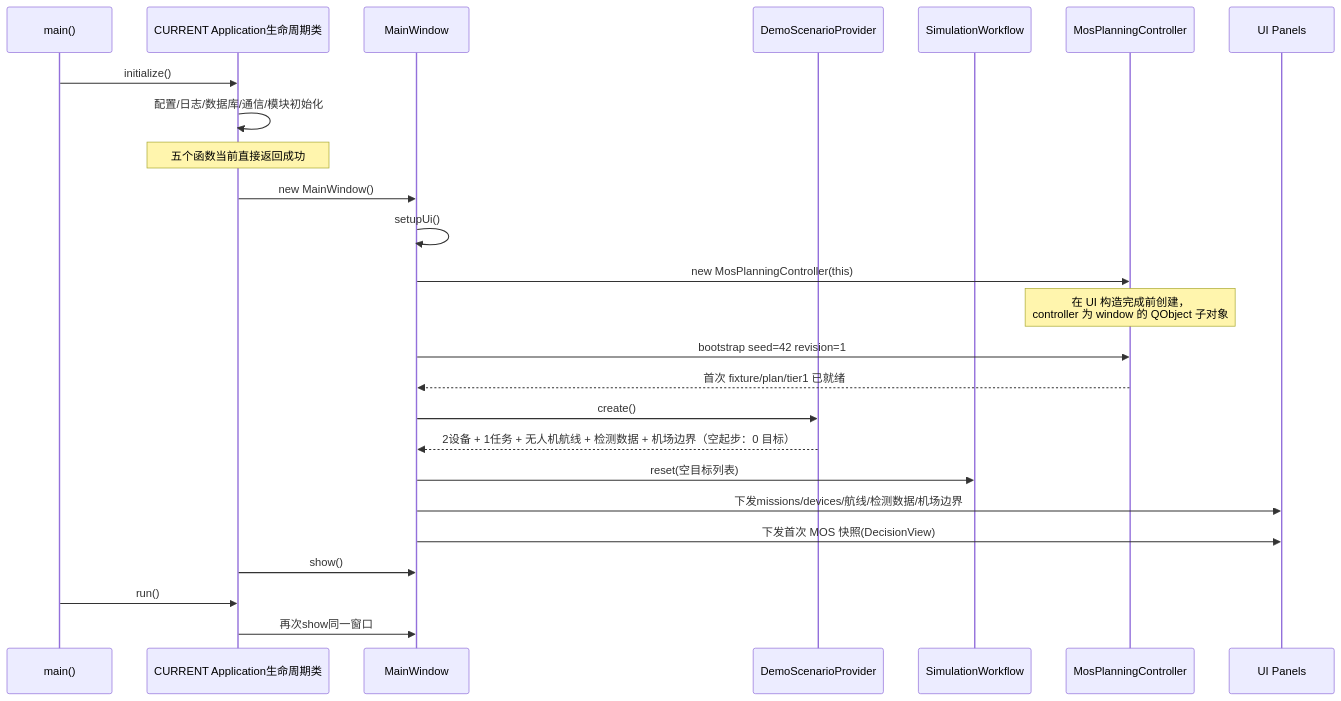
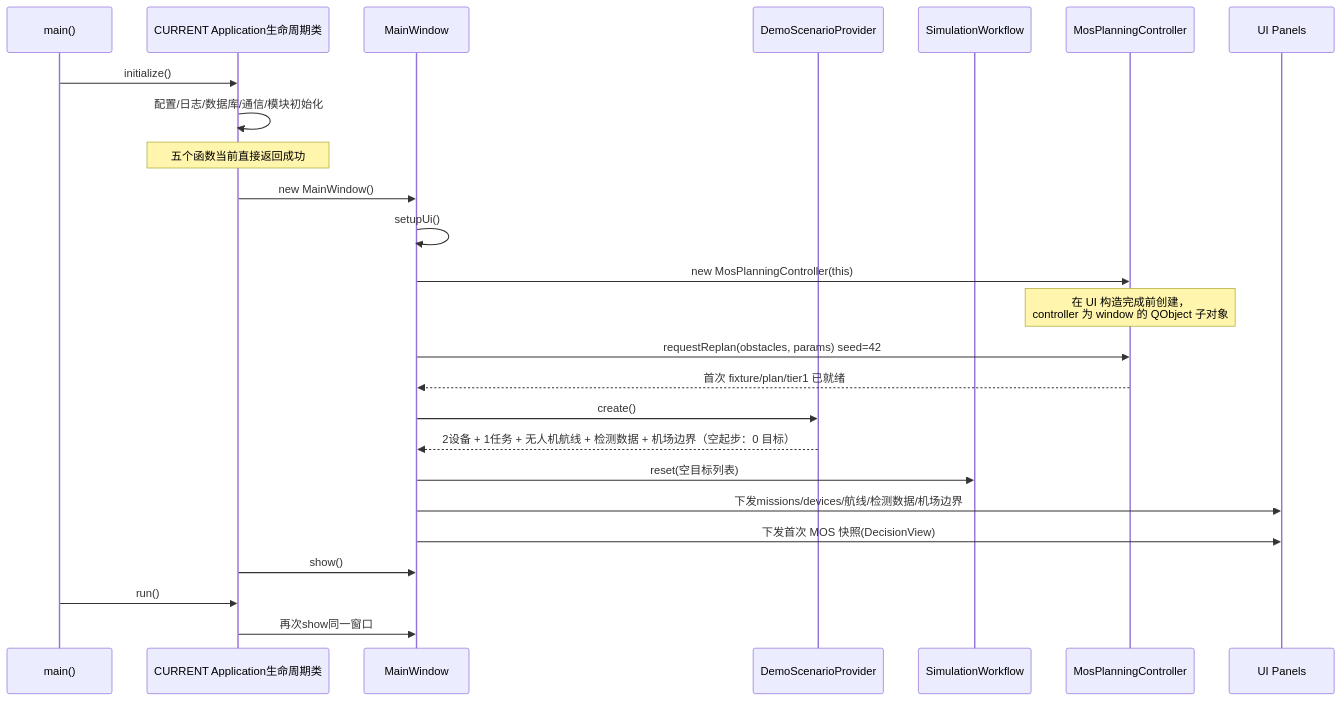
Before and after one commit to wbzzzd/UXO_v1: the second of 7 diagrams in docs/ARCHITECTURE.md, drawn with Mermaid. The commit also changed other lines of this file and 8 other files, not shown here.

````diff
--- a/docs/ARCHITECTURE.md
+++ b/docs/ARCHITECTURE.md
@@ -44,28 +44,28 @@
 ```mermaid
 sequenceDiagram
     participant Main as main()
     participant App as CURRENT Application生命周期类
     participant Window as MainWindow
     participant Demo as DemoScenarioProvider
     participant Flow as SimulationWorkflow
     participant Ctrl as MosPlanningController
     participant Panels as UI Panels
 
     Main->>App: initialize()
     App->>App: 配置/日志/数据库/通信/模块初始化
     Note over App: 五个函数当前直接返回成功
     App->>Window: new MainWindow()
     Window->>Window: setupUi()
     Window->>Ctrl: new MosPlanningController(this)
     Note over Ctrl: 在 UI 构造完成前创建，<br/>controller 为 window 的 QObject 子对象
-    Window->>Ctrl: bootstrap seed=42 revision=1
+    Window->>Ctrl: requestReplan(obstacles, params) seed=42
     Ctrl-->>Window: 首次 fixture/plan/tier1 已就绪
     Window->>Demo: create()
     Demo-->>Window: 2设备 + 1任务 + 无人机航线 + 检测数据 + 机场边界（空起步：0 目标）
     Window->>Flow: reset(空目标列表)
     Window->>Panels: 下发missions/devices/航线/检测数据/机场边界
     Window->>Panels: 下发首次 MOS 快照(DecisionView)
     App->>Window: show()
     Main->>App: run()
     App->>Window: 再次show同一窗口
 ```
````
